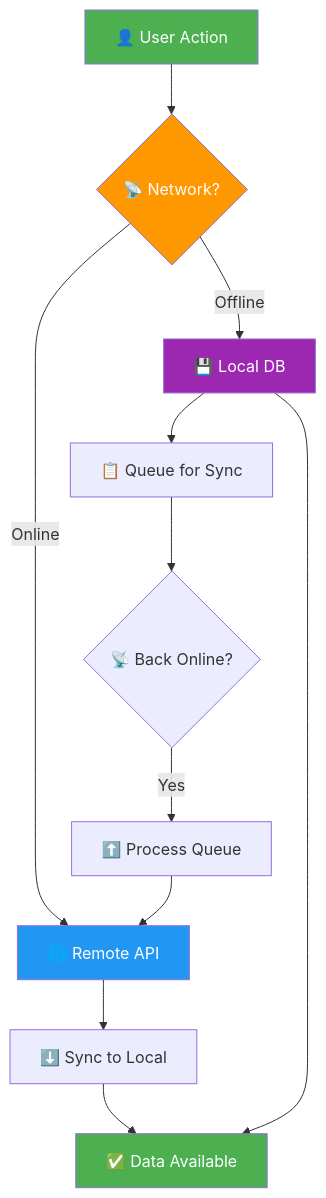
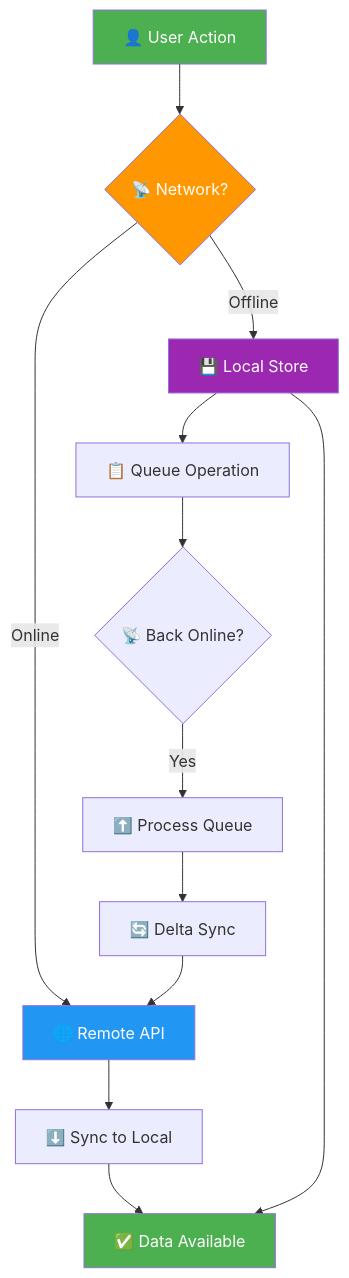
Before and after one commit to muhittincamdali/iOS-Offline-First-Framework: the diagram in README.md, drawn with Mermaid. The commit also changed other lines of this file and 11 other files, not shown here.

First line of the commit message:
feat: major v2.0 upgrade with CRDT, encryption, delta sync and multi-device support

````diff
--- a/README.md
+++ b/README.md
@@ -67,19 +120,20 @@
 ```mermaid
 graph TD
     A[👤 User Action] --> B{📡 Network?}
     B -->|Online| C[🌐 Remote API]
-    B -->|Offline| D[💾 Local DB]
+    B -->|Offline| D[💾 Local Store]
     C --> E[⬇️ Sync to Local]
-    D --> F[📋 Queue for Sync]
+    D --> F[📋 Queue Operation]
     F --> G{📡 Back Online?}
     G -->|Yes| H[⬆️ Process Queue]
-    H --> C
-    E --> I[✅ Data Available]
-    D --> I
+    H --> I[🔄 Delta Sync]
+    I --> C
+    E --> J[✅ Data Available]
+    D --> J
     
     style A fill:#4CAF50,color:#fff
     style B fill:#FF9800,color:#fff
     style C fill:#2196F3,color:#fff
     style D fill:#9C27B0,color:#fff
-    style I fill:#4CAF50,color:#fff
+    style J fill:#4CAF50,color:#fff
 ```
````
